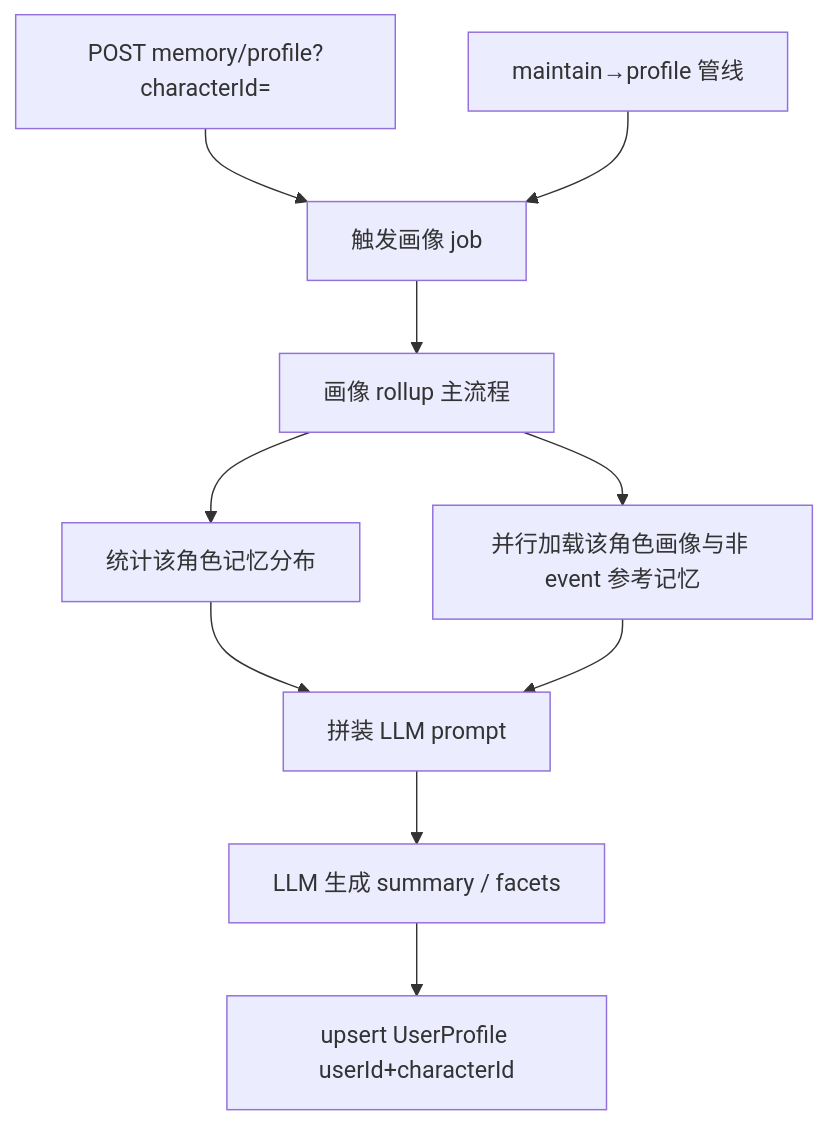
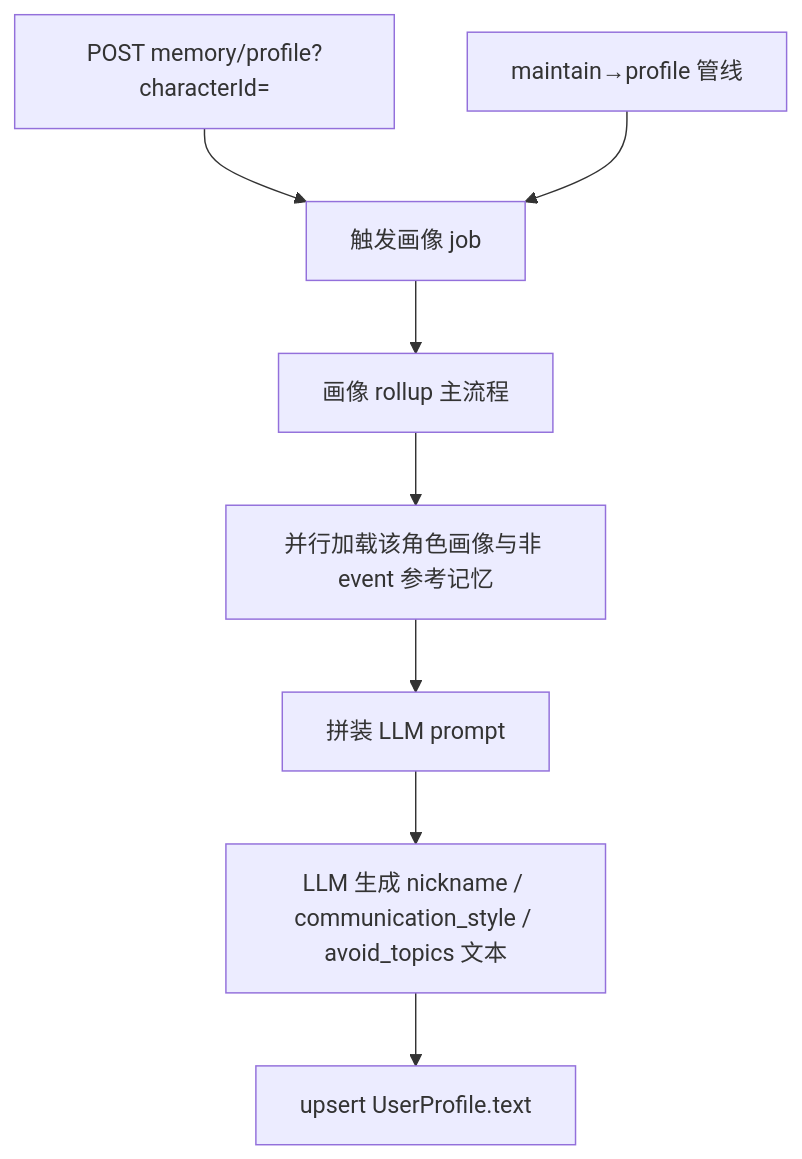
One commit to lilialab/lilia changed the diagram in docs/memory/profile.md. Above: the diagram before and after it, drawn with Mermaid. The commit also changed other lines of this file and 47 other files, not shown here.

````diff
--- a/docs/memory/profile.md
+++ b/docs/memory/profile.md
@@ -5,12 +5,10 @@
 ```mermaid
 flowchart TD
   API["POST memory/profile?characterId="] --> Entry[触发画像 job]
   Pipeline["maintain→profile 管线"] --> Entry
   Entry --> Core[画像 rollup 主流程]
-  Core --> LoadStats[统计该角色记忆分布]
   Core --> LoadProfile[并行加载该角色画像与非 event 参考记忆]
-  LoadStats --> Prompt[拼装 LLM prompt]
-  LoadProfile --> Prompt
-  Prompt --> LlmGen["LLM 生成 summary / facets"]
-  LlmGen --> Upsert["upsert UserProfile userId+characterId"]
+  LoadProfile --> Prompt[拼装 LLM prompt]
+  Prompt --> LlmGen["LLM 生成 nickname / communication_style / avoid_topics 文本"]
+  LlmGen --> Upsert["upsert UserProfile.text"]
 ```
````
